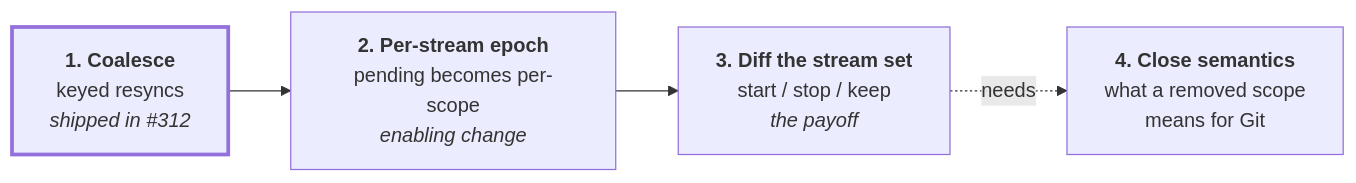
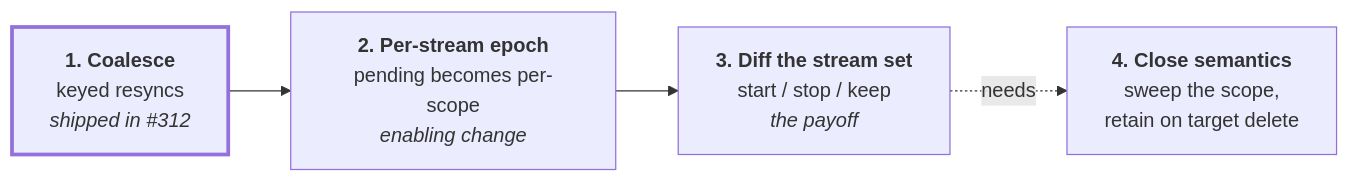
One commit to ConfigButler/gitops-reverser changed the ninth of 9 diagrams in docs/design/data-plane-triggering.md. Above: the diagram before and after it, drawn with Mermaid. The commit also changed other lines of this file, not shown here.

First line of the commit message:
docs(design): record the close and epoch decisions

````diff
--- a/docs/design/data-plane-triggering.md
+++ b/docs/design/data-plane-triggering.md
@@ -454,12 +485,12 @@
 ```mermaid
 flowchart LR
     S1["<b>1. Coalesce</b><br/>keyed resyncs<br/><i>shipped in #312</i>"]
     S2["<b>2. Per-stream epoch</b><br/>pending becomes per-scope<br/><i>enabling change</i>"]
     S3["<b>3. Diff the stream set</b><br/>start / stop / keep<br/><i>the payoff</i>"]
-    S4["<b>4. Close semantics</b><br/>what a removed scope<br/>means for Git"]
+    S4["<b>4. Close semantics</b><br/>sweep the scope,<br/>retain on target delete"]
     S1 --> S2 --> S3
     S3 -.->|"needs"| S4
 
     classDef done stroke-width:3px;
     class S1 done;
 ```
````
